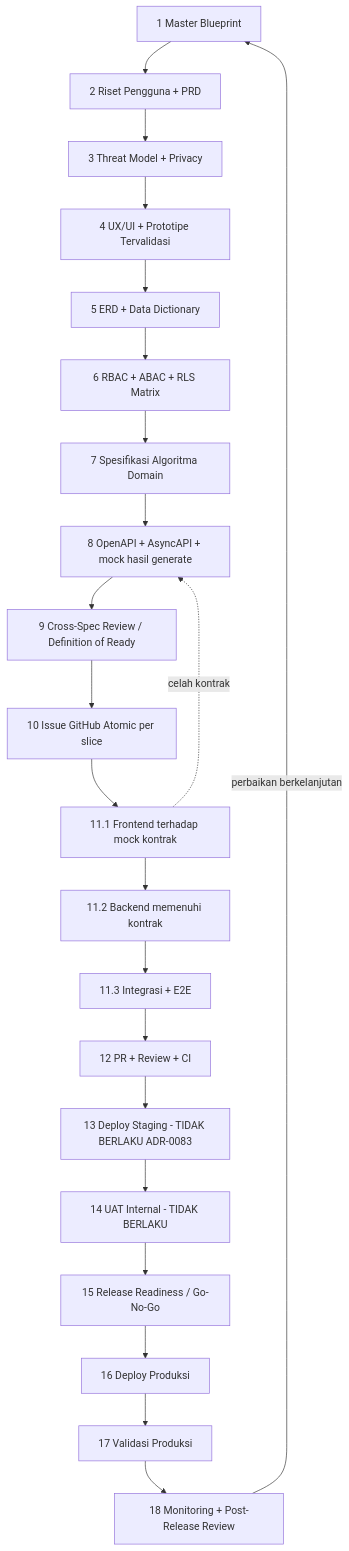
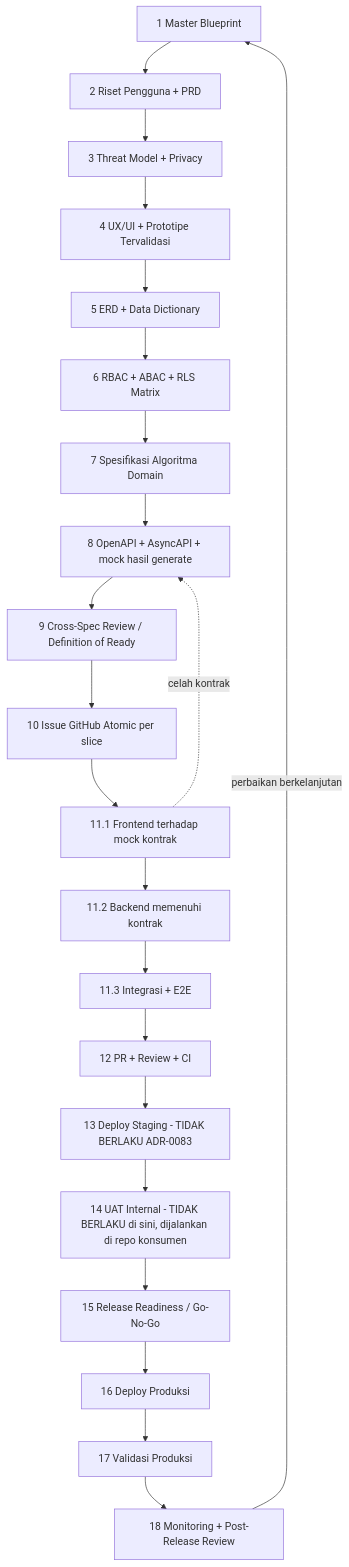
Before and after one commit to ahliweb/awcms: the diagram in docs/awcms/alur-pengembangan.id.md, drawn with Mermaid. The commit also changed other lines of this file and 4 other files, not shown here.

````diff
--- a/docs/awcms/alur-pengembangan.id.md
+++ b/docs/awcms/alur-pengembangan.id.md
@@ -31,24 +31,24 @@
 ```mermaid
 flowchart TD
   S1[1 Master Blueprint] --> S2[2 Riset Pengguna + PRD]
   S2 --> S3[3 Threat Model + Privacy]
   S3 --> S4[4 UX/UI + Prototipe Tervalidasi]
   S4 --> S5[5 ERD + Data Dictionary]
   S5 --> S6[6 RBAC + ABAC + RLS Matrix]
   S6 --> S7[7 Spesifikasi Algoritma Domain]
   S7 --> S8[8 OpenAPI + AsyncAPI + mock hasil generate]
   S8 --> S9[9 Cross-Spec Review / Definition of Ready]
   S9 --> S10[10 Issue GitHub Atomic per slice]
   S10 --> S111[11.1 Frontend terhadap mock kontrak]
   S111 --> S112[11.2 Backend memenuhi kontrak]
   S112 --> S113[11.3 Integrasi + E2E]
   S113 --> S12[12 PR + Review + CI]
   S12 --> S13[13 Deploy Staging - TIDAK BERLAKU ADR-0083]
-  S13 --> S14[14 UAT Internal - TIDAK BERLAKU]
+  S13 --> S14[14 UAT Internal - TIDAK BERLAKU di sini, dijalankan di repo konsumen]
   S14 --> S15[15 Release Readiness / Go-No-Go]
   S15 --> S16[16 Deploy Produksi]
   S16 --> S17[17 Validasi Produksi]
   S17 --> S18[18 Monitoring + Post-Release Review]
   S18 -->|perbaikan berkelanjutan| S1
   S111 -.->|celah kontrak| S8
 ```
````
